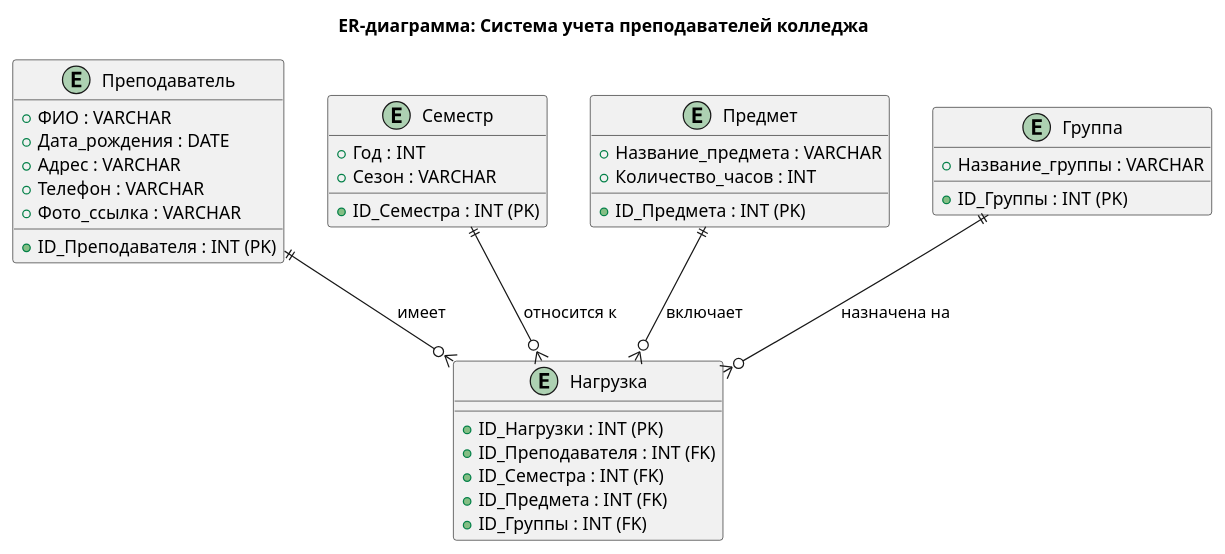
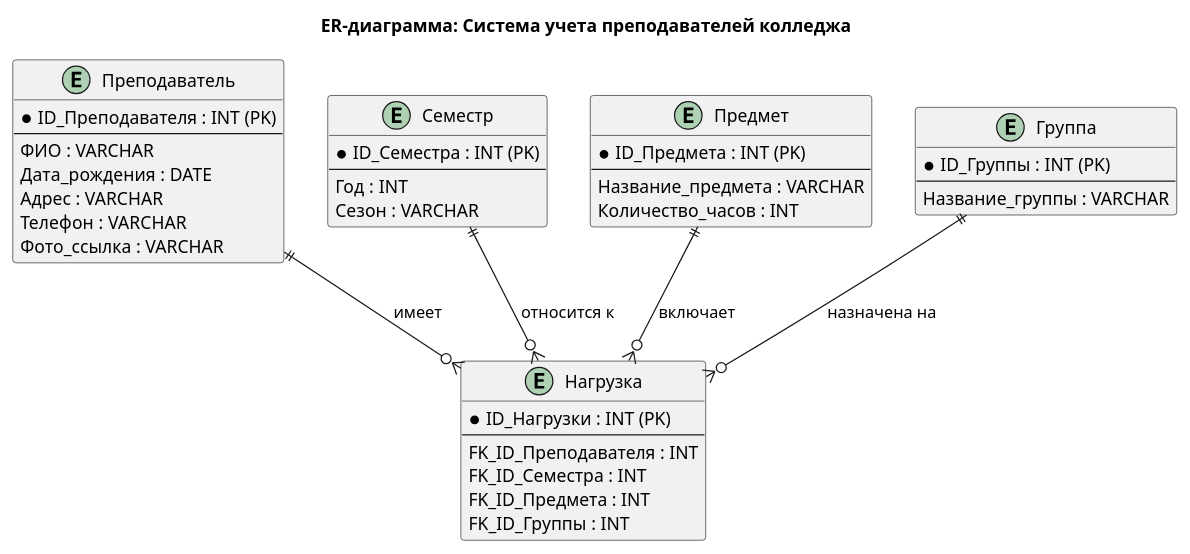
One commit to vin327/a changed the seventh of 7 diagrams in README.md. Above: the diagram before and after it, drawn with PlantUML. The commit also changed other lines of this file, not shown here.

````diff
--- a/README.md
+++ b/README.md
@@ -1118,43 +960,50 @@
+```plantuml
 @startuml
-title **ER-диаграмма: Система учета преподавателей колледжа**
+title ER-диаграмма: Система учета преподавателей колледжа
 
 entity "Преподаватель" as teacher {
-  + ID_Преподавателя : INT (PK)
-  + ФИО : VARCHAR
-  + Дата_рождения : DATE
-  + Адрес : VARCHAR
-  + Телефон : VARCHAR
-  + Фото_ссылка : VARCHAR
+  * ID_Преподавателя : INT (PK)
+  --
+  ФИО : VARCHAR
+  Дата_рождения : DATE
+  Адрес : VARCHAR
+  Телефон : VARCHAR
+  Фото_ссылка : VARCHAR
 }
 
 entity "Семестр" as semester {
-  + ID_Семестра : INT (PK)
-  + Год : INT
-  + Сезон : VARCHAR
+  * ID_Семестра : INT (PK)
+  --
+  Год : INT
+  Сезон : VARCHAR
 }
 
 entity "Предмет" as subject {
-  + ID_Предмета : INT (PK)
-  + Название_предмета : VARCHAR
-  + Количество_часов : INT
+  * ID_Предмета : INT (PK)
+  --
+  Название_предмета : VARCHAR
+  Количество_часов : INT
 }
 
 entity "Группа" as group {
-  + ID_Группы : INT (PK)
-  + Название_группы : VARCHAR
+  * ID_Группы : INT (PK)
+  --
+  Название_группы : VARCHAR
 }
 
 entity "Нагрузка" as workload {
-  + ID_Нагрузки : INT (PK)
-  + ID_Преподавателя : INT (FK)
-  + ID_Семестра : INT (FK)
-  + ID_Предмета : INT (FK)
-  + ID_Группы : INT (FK)
+  * ID_Нагрузки : INT (PK)
+  --
+  FK_ID_Преподавателя : INT
+  FK_ID_Семестра : INT
+  FK_ID_Предмета : INT
+  FK_ID_Группы : INT
 }
 
 teacher ||--o{ workload : "имеет"
 semester ||--o{ workload : "относится к"
 subject ||--o{ workload : "включает"
 group ||--o{ workload : "назначена на"
 
 @enduml
+```
````
